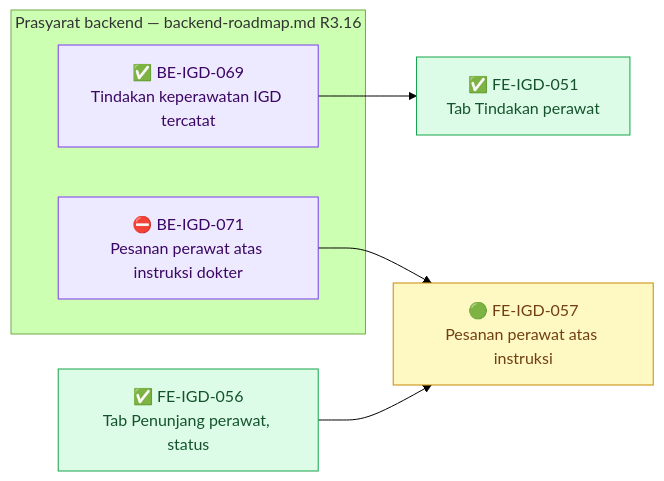
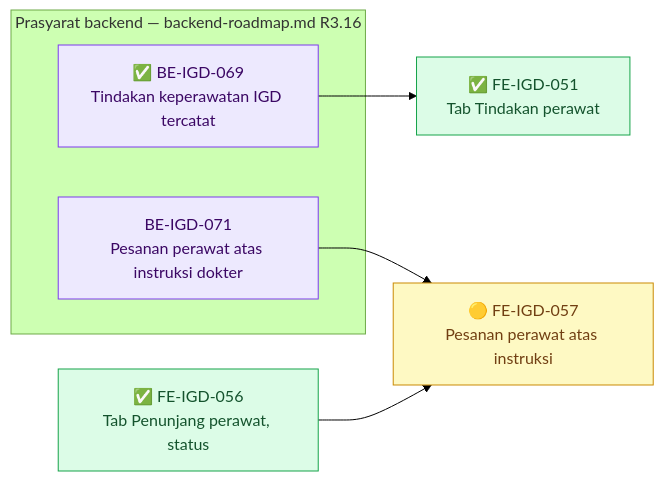
Before and after one commit to DevBenari/NewQuilvianSystemBackend: diagram 18 of 19 in docs/module-blueprints/igd/roadmap/frontend-roadmap.md, drawn with Mermaid (forest theme). The commit also changed other lines of this file and 15 other files, not shown here.

First line of the commit message:
docs(igd): revisi 16 — dokter pemberi instruksi pesanan Lab/Rad perawat IGD

````diff
--- a/docs/module-blueprints/igd/roadmap/frontend-roadmap.md
+++ b/docs/module-blueprints/igd/roadmap/frontend-roadmap.md
@@ -2191,21 +2189,21 @@
 ```mermaid
 flowchart LR
     classDef selesai fill:#DCFCE7,stroke:#16A34A,color:#14532D
     classDef sebagian fill:#FEF9C3,stroke:#CA8A04,color:#713F12
     classDef terblokir fill:#FEE2E2,stroke:#DC2626,color:#7F1D1D
     classDef belum fill:#F1F5F9,stroke:#64748B,color:#0F172A
     classDef luar fill:#EDE9FE,stroke:#7C3AED,color:#3B0764
 
     subgraph backend1404["Prasyarat backend — backend-roadmap.md R3.16"]
         BEIGD069P["✅ BE-IGD-069<br/>Tindakan keperawatan IGD tercatat"]:::luar
-        BEIGD071P["⛔ BE-IGD-071<br/>Pesanan perawat atas instruksi dokter"]:::luar
+        BEIGD071P["BE-IGD-071<br/>Pesanan perawat atas instruksi dokter"]:::luar
     end
 
     FEIGD051["✅ FE-IGD-051<br/>Tab Tindakan perawat"]:::selesai
     FEIGD056["✅ FE-IGD-056<br/>Tab Penunjang perawat, status"]:::selesai
-    FEIGD057["🟢 FE-IGD-057<br/>Pesanan perawat atas instruksi"]:::sebagian
+    FEIGD057["🟡 FE-IGD-057<br/>Pesanan perawat atas instruksi"]:::sebagian
 
     BEIGD069P --> FEIGD051
     FEIGD056 --> FEIGD057
     BEIGD071P --> FEIGD057
 ```
````
